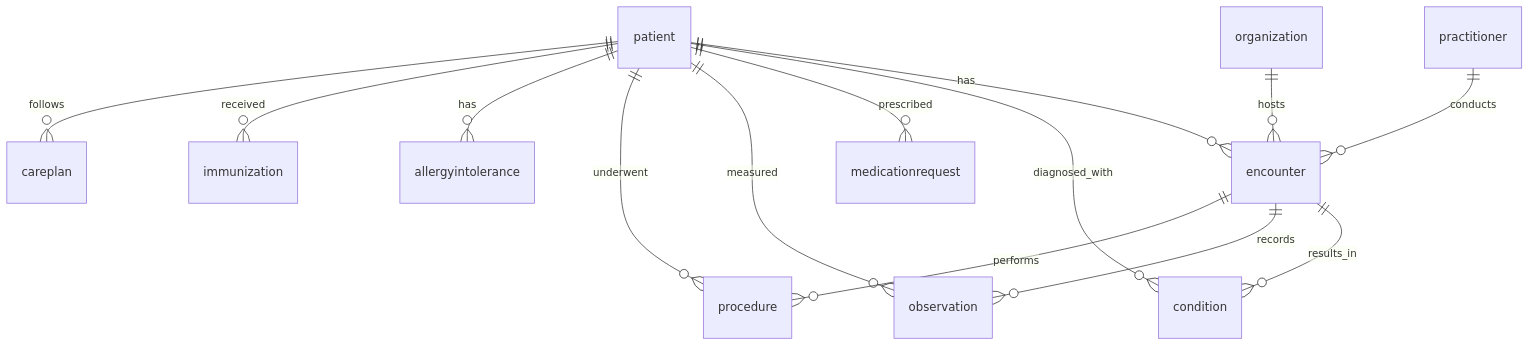
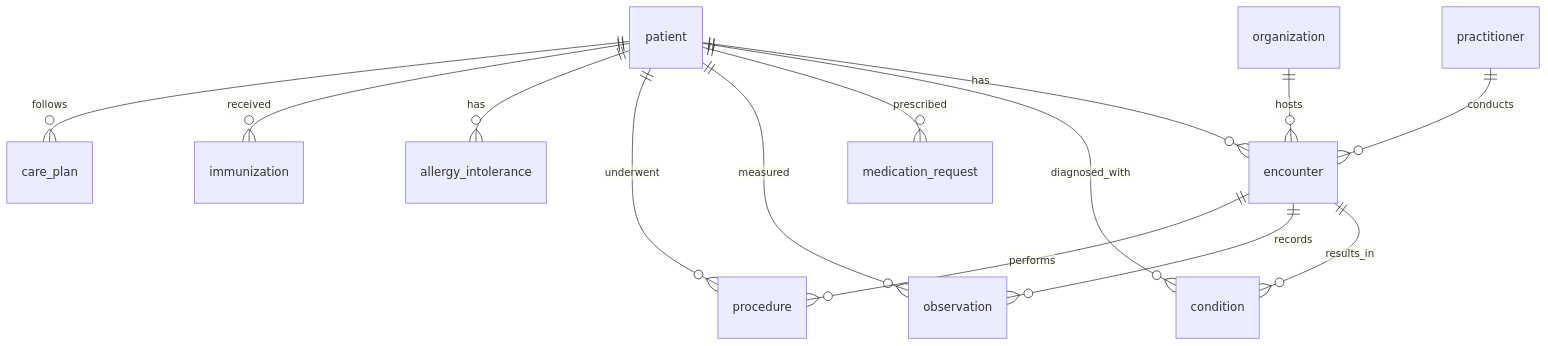
Before and after one commit to HaripriyaB/swiftcare-ai: the third of 3 diagrams in private_docs/final_chunk_1.md, drawn with Mermaid. The commit also changed other lines of this file and 17 other files, not shown here.

````diff
--- a/private_docs/final_chunk_1.md
+++ b/private_docs/final_chunk_1.md
@@ -207,16 +207,16 @@
 ```mermaid
 erDiagram
   patient ||--o{ encounter : has
   patient ||--o{ condition : diagnosed_with
-  patient ||--o{ medicationrequest : prescribed
+  patient ||--o{ medication_request : prescribed
   patient ||--o{ observation : measured
   patient ||--o{ procedure : underwent
-  patient ||--o{ allergyintolerance : has
+  patient ||--o{ allergy_intolerance : has
   patient ||--o{ immunization : received
-  patient ||--o{ careplan : follows
+  patient ||--o{ care_plan : follows
   practitioner ||--o{ encounter : conducts
   organization ||--o{ encounter : hosts
   encounter ||--o{ condition : results_in
   encounter ||--o{ observation : records
   encounter ||--o{ procedure : performs
 ```
````
